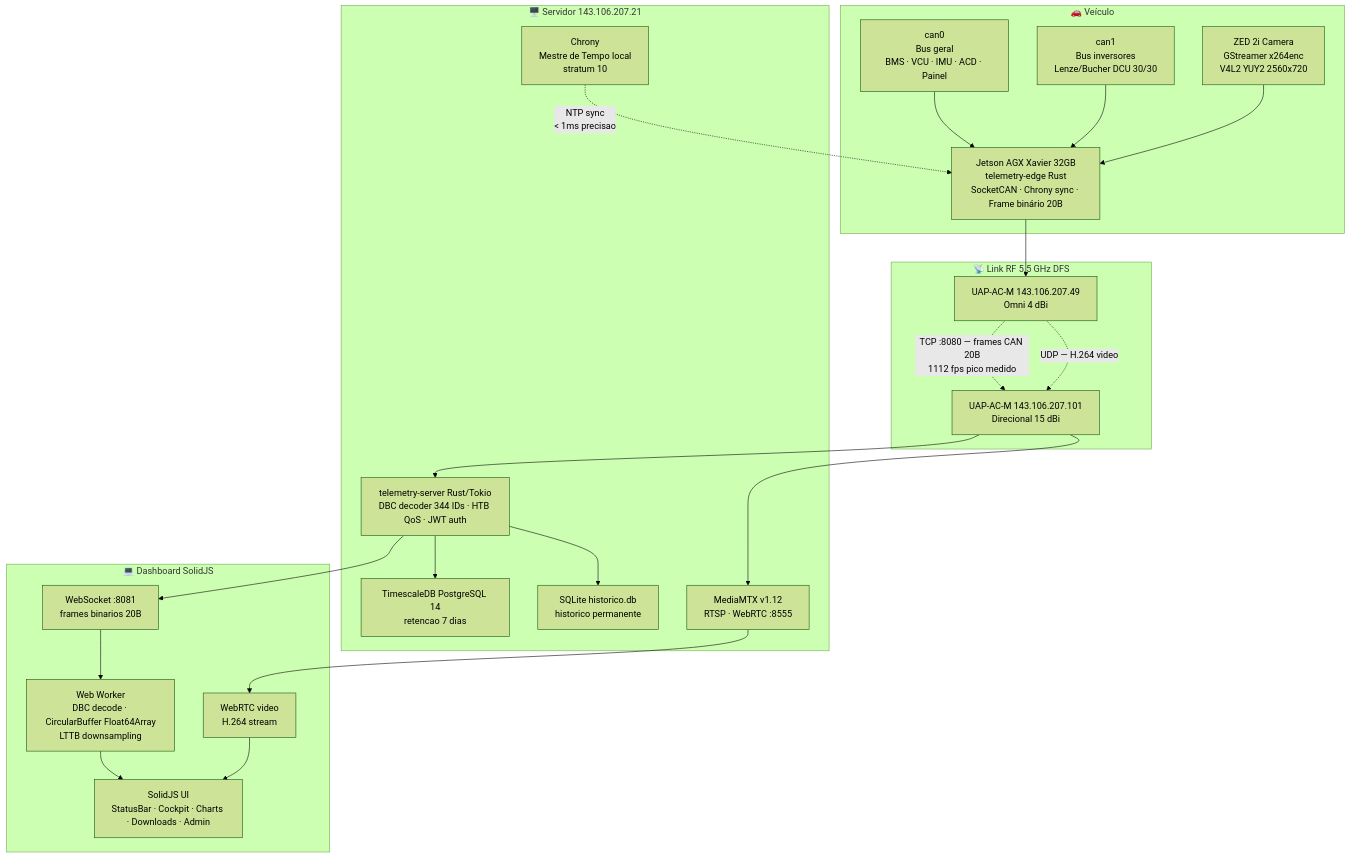
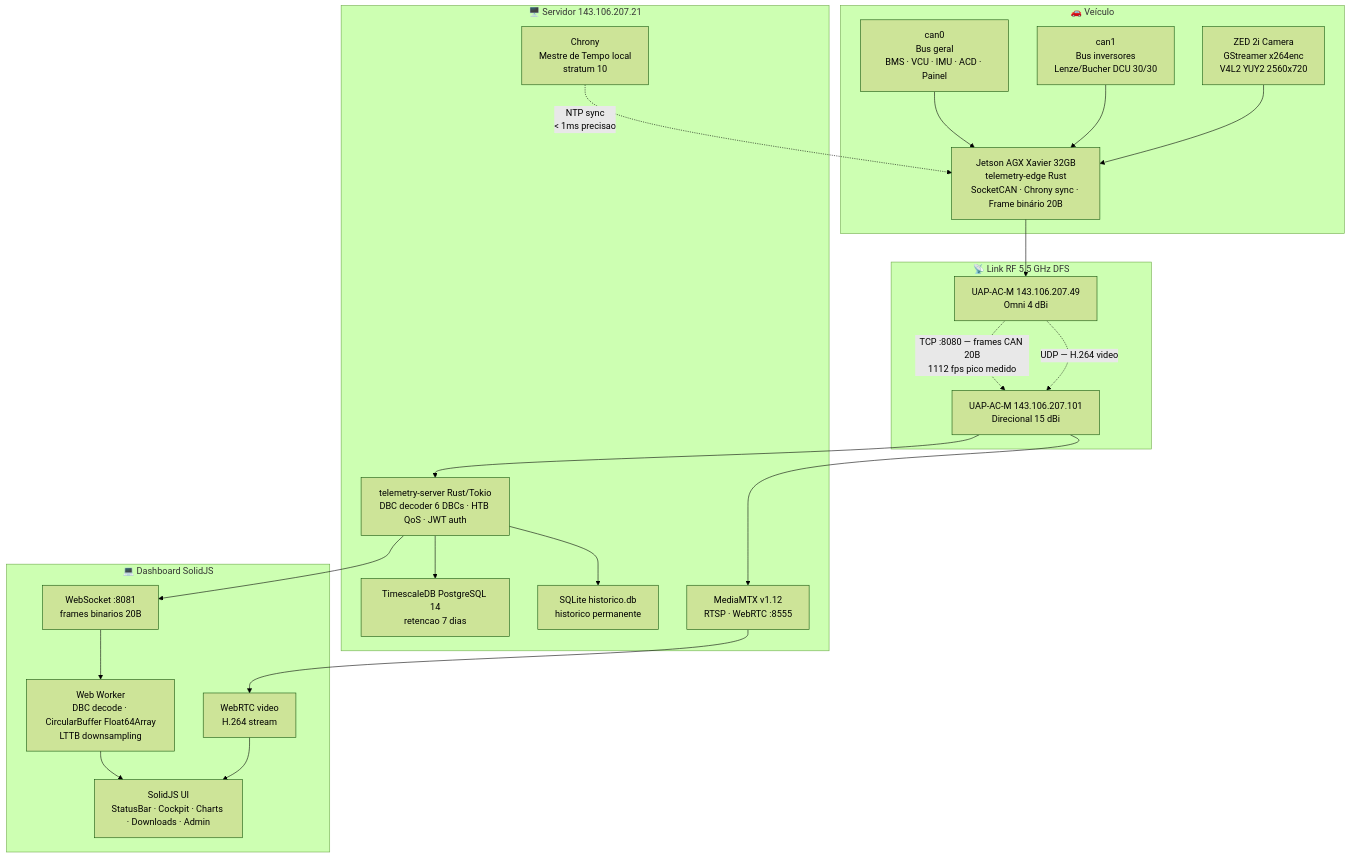
One commit to Faraoh-Back/TelemetriaV2.0 changed the fourth of 8 diagrams in docs/Doc/Markdown/handBook.md. Above: the diagram before and after it, drawn with Mermaid (forest theme). The commit also changed other lines of this file, not shown here.

````diff
--- a/docs/Doc/Markdown/handBook.md
+++ b/docs/Doc/Markdown/handBook.md
@@ -274,42 +281,42 @@
 ```mermaid
 flowchart TD
     subgraph CARRO["🚗 Veículo"]
         CAN0["can0\nBus geral\nBMS · VCU · IMU · ACD · Painel"]
         CAN1["can1\nBus inversores\nLenze/Bucher DCU 30/30"]
         JETSON["Jetson AGX Xavier 32GB\ntelemetry-edge Rust\nSocketCAN · Chrony sync · Frame binário 20B"]
         ZED["ZED 2i Camera\nGStreamer x264enc\nV4L2 YUY2 2560x720"]
         CAN0 --> JETSON
         CAN1 --> JETSON
         ZED --> JETSON
     end
     subgraph RF["📡 Link RF 5.5 GHz DFS"]
         AP_CAR["UAP-AC-M 143.106.207.49\nOmni 4 dBi"]
         AP_BOX["UAP-AC-M 143.106.207.101\nDirecional 15 dBi"]
         AP_CAR -."TCP :8080 — frames CAN 20B\n1112 fps pico medido".-> AP_BOX
         AP_CAR -."UDP — H.264 video".-> AP_BOX
     end
     subgraph SERVER["🖥️ Servidor 143.106.207.21"]
-        SRV["telemetry-server Rust/Tokio\nDBC decoder 344 IDs · HTB QoS · JWT auth"]
+        SRV["telemetry-server Rust/Tokio\nDBC decoder 6 DBCs · HTB QoS · JWT auth"]
         TS["TimescaleDB PostgreSQL 14\nretencao 7 dias"]
         SQ["SQLite historico.db\nhistorico permanente"]
         MEDIA["MediaMTX v1.12\nRTSP · WebRTC :8555"]
         CHRONY_SRV["Chrony\nMestre de Tempo local\nstratum 10"]
         SRV --> TS
         SRV --> SQ
         AP_BOX --> SRV
         AP_BOX --> MEDIA
     end
     subgraph DASH["💻 Dashboard SolidJS"]
         WS["WebSocket :8081\nframes binarios 20B"]
         WORKER["Web Worker\nDBC decode · CircularBuffer Float64Array\nLTTB downsampling"]
         UI["SolidJS UI\nStatusBar · Cockpit · Charts · Downloads · Admin"]
         VIDEO["WebRTC video\nH.264 stream"]
         SRV --> WS
         WS --> WORKER
         WORKER --> UI
         MEDIA --> VIDEO
         VIDEO --> UI
     end
     JETSON --> AP_CAR
     CHRONY_SRV -."NTP sync\n< 1ms precisao".-> JETSON
 ```
````
